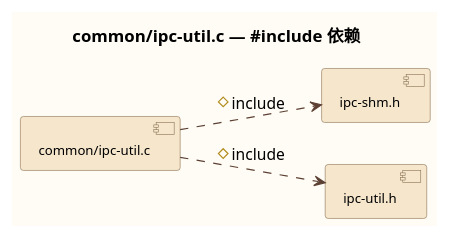
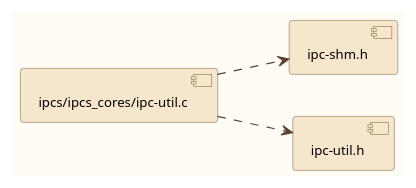
One commit to Mastang1/sad_sdd_proj changed the diagram in c1_sdd_linux-ipcs/cursor_tmp/files_32_umls/3_2_7.puml. Above: the diagram before and after it, drawn with PlantUML. The commit also changed 232 other files, not shown here.

```diff
--- a/c1_sdd_linux-ipcs/cursor_tmp/files_32_umls/3_2_7.puml
+++ b/c1_sdd_linux-ipcs/cursor_tmp/files_32_umls/3_2_7.puml
@@ -1,24 +1,23 @@
 @startuml
 skinparam backgroundColor #FFFCF5
 skinparam component {
   BackgroundColor #F5E6CC
   BorderColor #8B7355
   FontSize 11
 }
 skinparam package {
   BackgroundColor #FAF0E0
   BorderColor #A08060
 }
 skinparam arrowColor #5C4033
 skinparam note {
   BackgroundColor #FFF8E8
   BorderColor #B89968
 }
 left to right direction
-title common/ipc-util.c — #include 依赖
-component [common/ipc-util.c] as SRC
+component [ipcs/ipcs_cores/ipc-util.c] as SRC
 component [ipc-shm.h] as H0
 component [ipc-util.h] as H1
-SRC ..> H0 : #include
-SRC ..> H1 : #include
+SRC ..> H0
+SRC ..> H1
 @enduml
```
